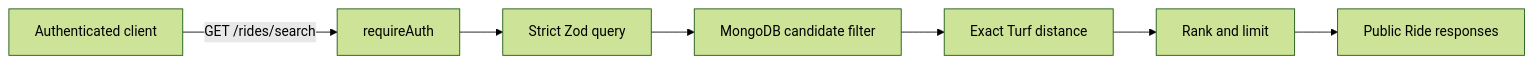
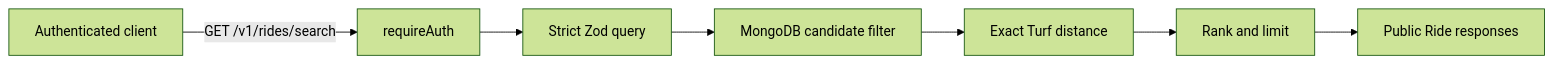
The diagram in docs/architecture/pickup-ride-search.md (Rithvik911/Poolr), drawn with Mermaid (forest theme) before and after one commit. The commit also changed other lines of this file and 29 other files, not shown here.

````diff
--- a/docs/architecture/pickup-ride-search.md
+++ b/docs/architecture/pickup-ride-search.md
@@ -23,17 +23,17 @@
 ```mermaid
 flowchart LR
     Client[Authenticated client]
     Guard[requireAuth]
     Validator[Strict Zod query]
     Candidate[MongoDB candidate filter]
     Exact[Exact Turf distance]
     Rank[Rank and limit]
     Response[Public Ride responses]
 
-    Client -->|GET /rides/search| Guard
+    Client -->|GET /v1/rides/search| Guard
     Guard --> Validator
     Validator --> Candidate
     Candidate --> Exact
     Exact --> Rank
     Rank --> Response
 ```
````
